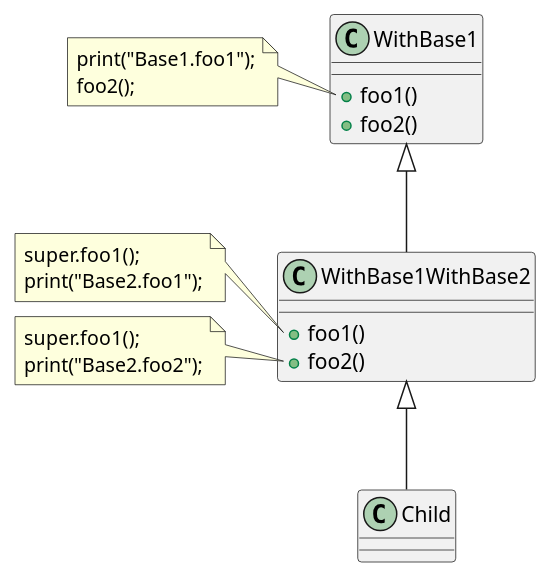
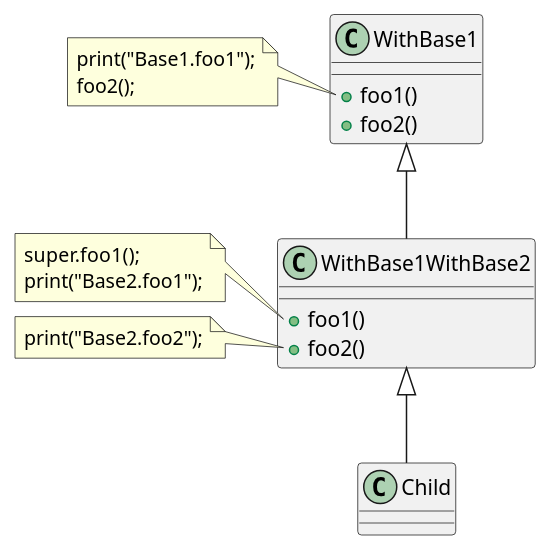
One commit to bluesky466/bluesky466.github.io changed the third of 3 diagrams in source/_posts/深入理解Dart-Mixin.md. Above: the diagram before and after it, drawn with PlantUML. The commit also changed other lines of this file, not shown here.

Commit message:
[edit] 编辑文章《深入理解Dart Mixin》

```diff
--- a/source/_posts/深入理解Dart-Mixin.md
+++ b/source/_posts/深入理解Dart-Mixin.md
@@ -305,29 +306,28 @@
 {% plantuml %}
 class WithBase1 {
   + foo1()
   + foo2()
 }
 
 class WithBase1WithBase2 extends WithBase1 {
   + foo1()
   + foo2()
 }
 
 class Child extends WithBase1WithBase2
 
 
 note left of WithBase1::foo1
   print("Base1.foo1");
   foo2();
 end note
 
 note left of WithBase1WithBase2::foo1
   super.foo1();
   print("Base2.foo1");
 end note
 
 note left of WithBase1WithBase2::foo2
-  super.foo1();
   print("Base2.foo2");
 end note
 {% endplantuml %}
```
